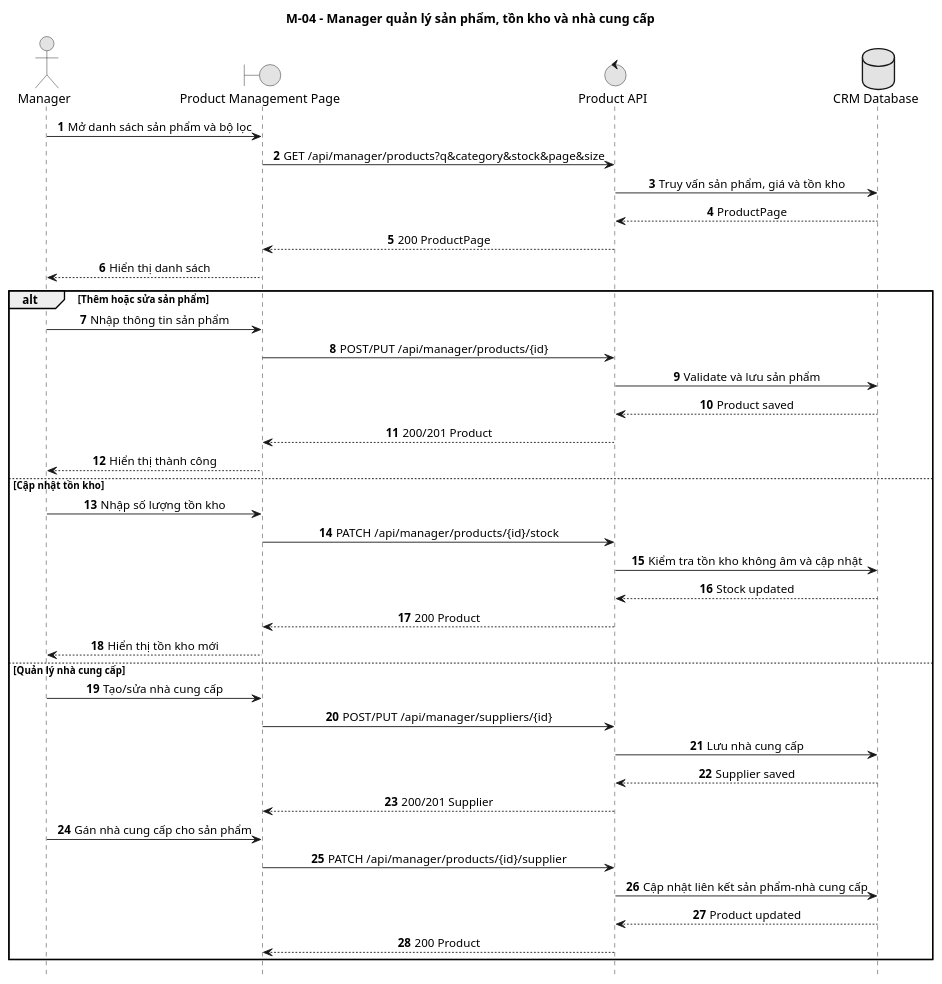
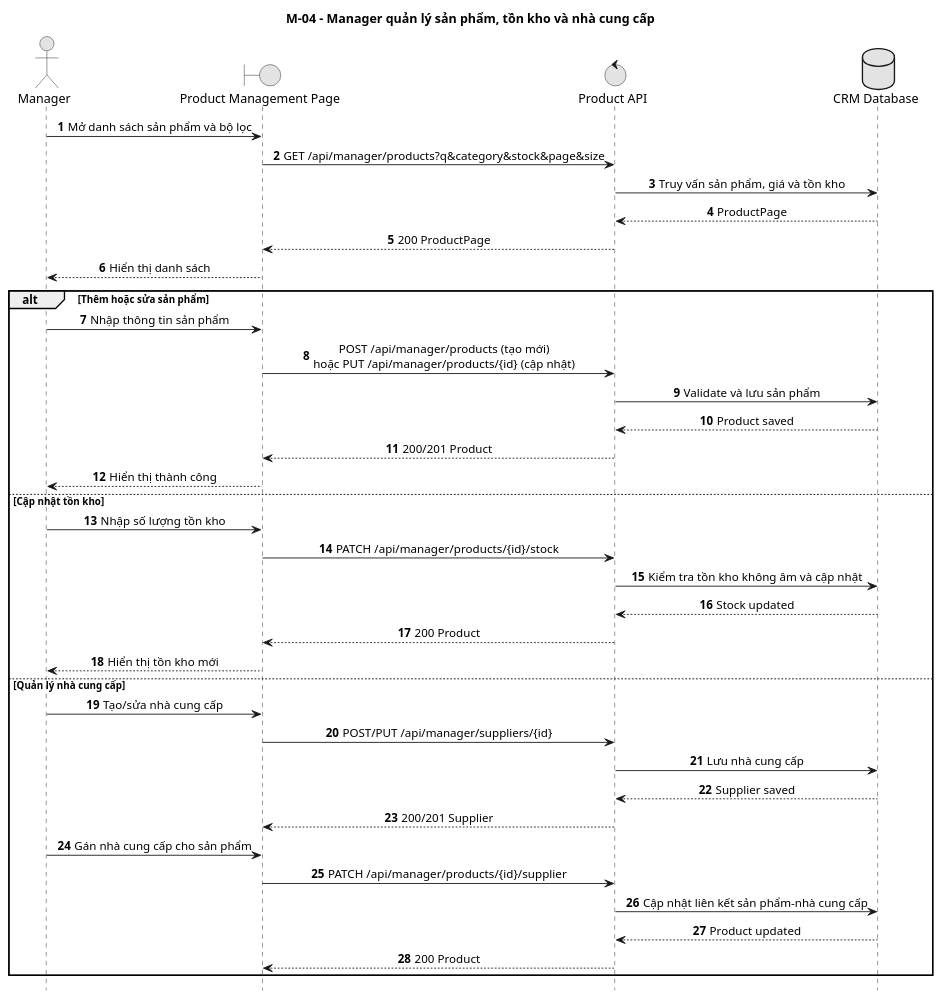
Before and after one commit to duygri/do-an-htttdn-crm: the diagram in docs/diagrams/sequence-new/manager/M-04-product-inventory-supplier.puml, drawn with PlantUML. The commit also changed 20 other files, not shown here.

Commit message:
docs: correct CRM workflow diagrams and clarify PayOS auto-cancellation behavior

```diff
--- a/docs/diagrams/sequence-new/manager/M-04-product-inventory-supplier.puml
+++ b/docs/diagrams/sequence-new/manager/M-04-product-inventory-supplier.puml
@@ -1,47 +1,47 @@
 @startuml
 title M-04 - Manager quản lý sản phẩm, tồn kho và nhà cung cấp
 autonumber
 hide footbox
 skinparam monochrome true
 skinparam sequenceMessageAlign center
 skinparam responseMessageBelowArrow true
 
 actor Manager
 boundary "Product Management Page" as Web
 control "Product API" as API
 database "CRM Database" as DB
 
 Manager -> Web: Mở danh sách sản phẩm và bộ lọc
 Web -> API: GET /api/manager/products?q&category&stock&page&size
 API -> DB: Truy vấn sản phẩm, giá và tồn kho
 DB --> API: ProductPage
 API --> Web: 200 ProductPage
 Web --> Manager: Hiển thị danh sách
 
 alt Thêm hoặc sửa sản phẩm
   Manager -> Web: Nhập thông tin sản phẩm
-  Web -> API: POST/PUT /api/manager/products/{id}
+  Web -> API: POST /api/manager/products (tạo mới)\nhoặc PUT /api/manager/products/{id} (cập nhật)
   API -> DB: Validate và lưu sản phẩm
   DB --> API: Product saved
   API --> Web: 200/201 Product
   Web --> Manager: Hiển thị thành công
 else Cập nhật tồn kho
   Manager -> Web: Nhập số lượng tồn kho
   Web -> API: PATCH /api/manager/products/{id}/stock
   API -> DB: Kiểm tra tồn kho không âm và cập nhật
   DB --> API: Stock updated
   API --> Web: 200 Product
   Web --> Manager: Hiển thị tồn kho mới
 else Quản lý nhà cung cấp
   Manager -> Web: Tạo/sửa nhà cung cấp
   Web -> API: POST/PUT /api/manager/suppliers/{id}
   API -> DB: Lưu nhà cung cấp
   DB --> API: Supplier saved
   API --> Web: 200/201 Supplier
   Manager -> Web: Gán nhà cung cấp cho sản phẩm
   Web -> API: PATCH /api/manager/products/{id}/supplier
   API -> DB: Cập nhật liên kết sản phẩm-nhà cung cấp
   DB --> API: Product updated
   API --> Web: 200 Product
 end
 @enduml
```
